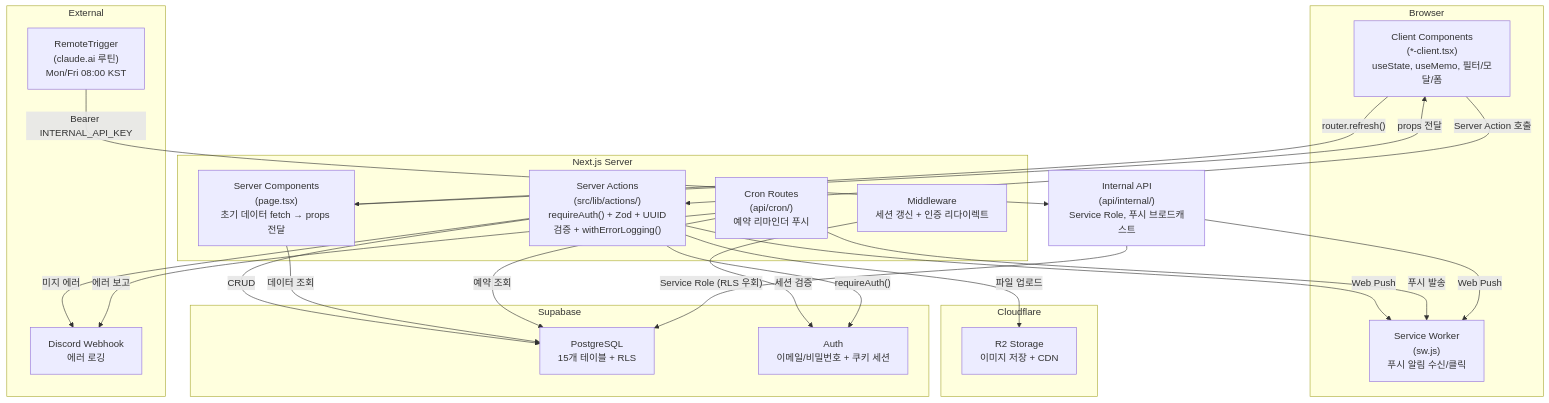
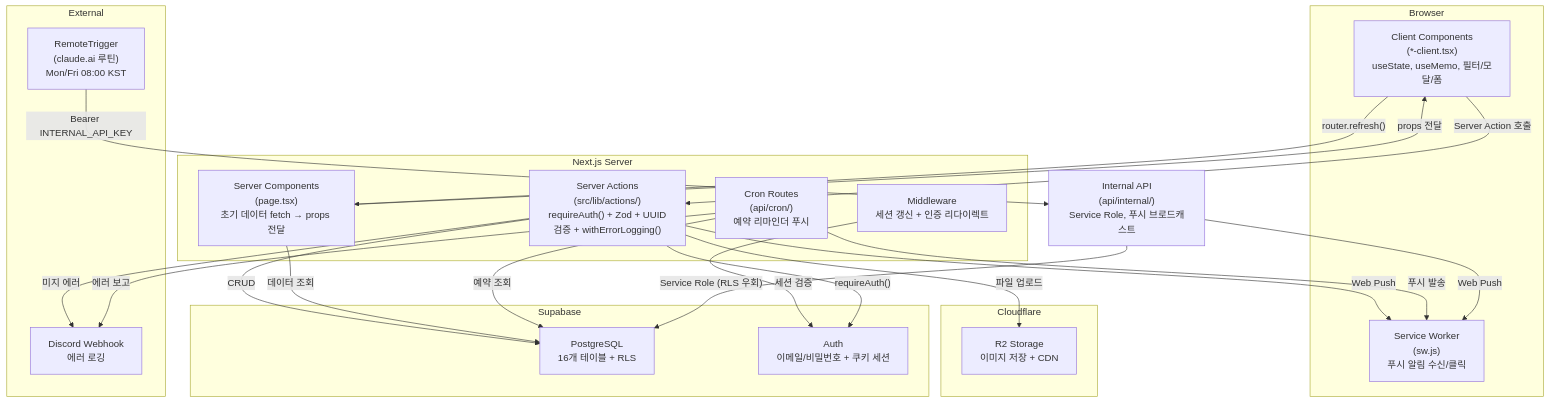
The first of 4 diagrams in docs/ARCHITECTURE.md (flori-ai-kr/web), drawn with Mermaid before and after one commit. The commit also changed other lines of this file and 17 other files, not shown here.

````diff
--- a/docs/ARCHITECTURE.md
+++ b/docs/ARCHITECTURE.md
@@ -11,45 +11,45 @@
 ```mermaid
 graph TB
     subgraph Browser
         CC["Client Components<br/>(*-client.tsx)<br/>useState, useMemo, 필터/모달/폼"]
         SW["Service Worker<br/>(sw.js)<br/>푸시 알림 수신/클릭"]
     end
 
     subgraph NextServer["Next.js Server"]
         MW["Middleware<br/>세션 갱신 + 인증 리다이렉트"]
         SC["Server Components<br/>(page.tsx)<br/>초기 데이터 fetch → props 전달"]
         SA["Server Actions<br/>(src/lib/actions/)<br/>requireAuth() + Zod + UUID검증 + withErrorLogging()"]
         CR["Cron Routes<br/>(api/cron/)<br/>예약 리마인더 푸시"]
     end
 
     subgraph External
         DC["Discord Webhook<br/>에러 로깅"]
         RT["RemoteTrigger<br/>(claude.ai 루틴)<br/>Mon/Fri 08:00 KST"]
     end
 
     subgraph Supabase
-        PG["PostgreSQL<br/>15개 테이블 + RLS"]
+        PG["PostgreSQL<br/>16개 테이블 + RLS"]
         AU["Auth<br/>이메일/비밀번호 + 쿠키 세션"]
     end
 
     subgraph Cloudflare
         R2["R2 Storage<br/>이미지 저장 + CDN"]
     end
 
     CC -->|"Server Action 호출"| SA
     CC -->|"router.refresh()"| SC
     SC -->|"props 전달"| CC
     MW -->|"세션 검증"| AU
     SA -->|"requireAuth()"| AU
     SA -->|"CRUD"| PG
     SA -->|"파일 업로드"| R2
     SA -->|"미지 에러"| DC
     SA -->|"Web Push"| SW
     SC -->|"데이터 조회"| PG
     CR -->|"예약 조회"| PG
     CR -->|"푸시 발송"| SW
     CR -->|"에러 보고"| DC
     RT -->|"Bearer INTERNAL_API_KEY"| IA["Internal API<br/>(api/internal/)<br/>Service Role, 푸시 브로드캐스트"]
     IA -->|"Service Role (RLS 우회)"| PG
     IA -->|"Web Push"| SW
 ```
````
